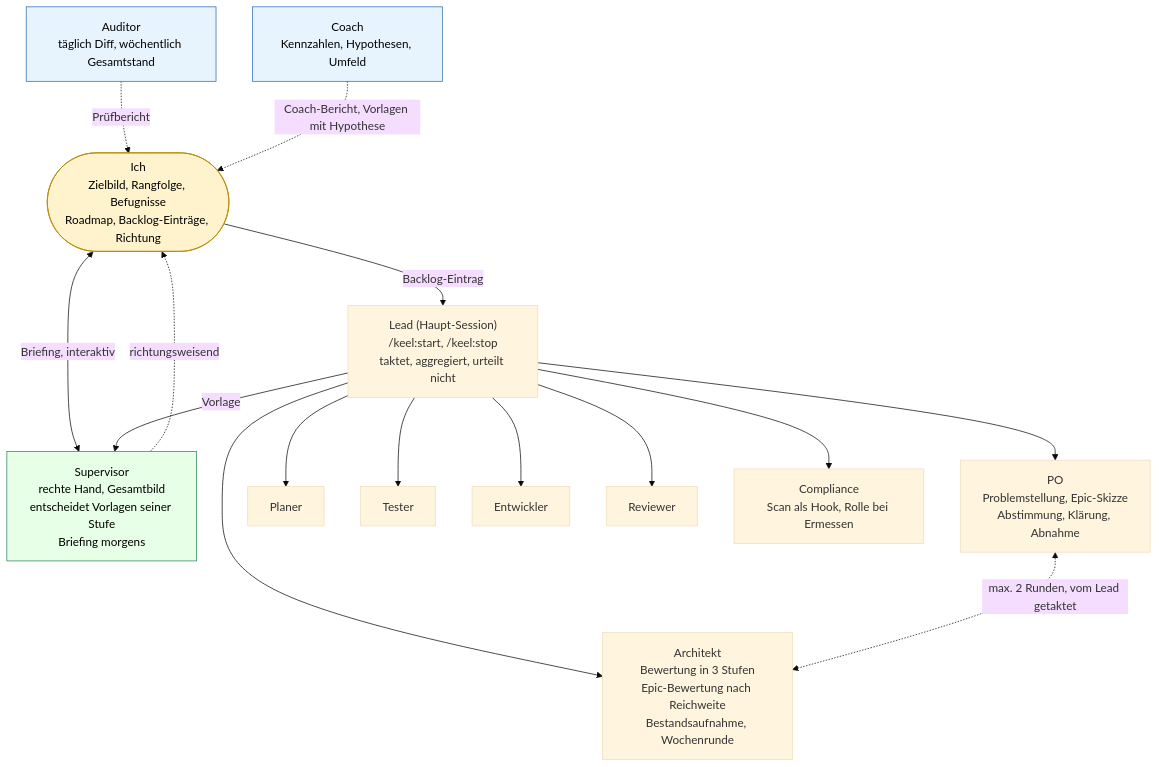
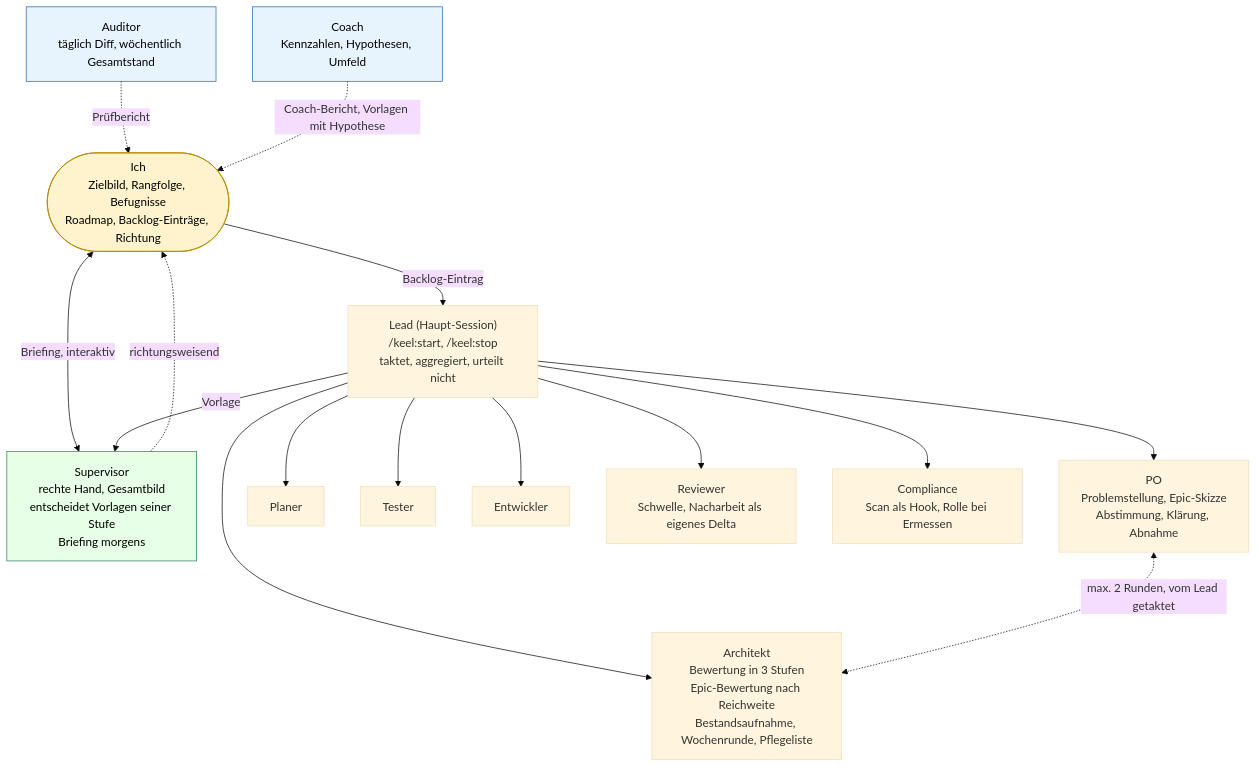
Before and after one commit to xXExceptionXx/keel: the first of 7 diagrams in docs/system.md, drawn with Mermaid (base theme). The commit also changed other lines of this file and 20 other files, not shown here.

First line of the commit message:
Review with a threshold: rework is re-reviewed as its own delta, Anmerkungen go to a Pflegeliste (System-ADR 0018)

````diff
--- a/docs/system.md
+++ b/docs/system.md
@@ -9,37 +9,37 @@
 ```mermaid
 flowchart TD
     ICH(["Ich<br/>Zielbild, Rangfolge, Befugnisse<br/>Roadmap, Backlog-Einträge, Richtung"])
     SUP["Supervisor<br/>rechte Hand, Gesamtbild<br/>entscheidet Vorlagen seiner Stufe<br/>Briefing morgens"]
     AUD["Auditor<br/>täglich Diff, wöchentlich Gesamtstand"]
     COACH["Coach<br/>Kennzahlen, Hypothesen, Umfeld"]
     LEAD["Lead (Haupt-Session)<br/>/keel:start, /keel:stop<br/>taktet, aggregiert, urteilt nicht"]
     PO["PO<br/>Problemstellung, Epic-Skizze<br/>Abstimmung, Klärung, Abnahme"]
-    ARC["Architekt<br/>Bewertung in 3 Stufen<br/>Epic-Bewertung nach Reichweite<br/>Bestandsaufnahme, Wochenrunde"]
+    ARC["Architekt<br/>Bewertung in 3 Stufen<br/>Epic-Bewertung nach Reichweite<br/>Bestandsaufnahme, Wochenrunde, Pflegeliste"]
     PLAN["Planer"]
     TEST["Tester"]
     DEV["Entwickler"]
-    REV["Reviewer"]
+    REV["Reviewer<br/>Schwelle, Nacharbeit als eigenes Delta"]
     COMP["Compliance<br/>Scan als Hook, Rolle bei Ermessen"]
 
     ICH <-->|Briefing, interaktiv| SUP
     ICH -->|Backlog-Eintrag| LEAD
     LEAD -->|Vorlage| SUP
     SUP -.->|richtungsweisend| ICH
     LEAD --> PO
     LEAD --> ARC
     PO <-.->|max. 2 Runden, vom Lead getaktet| ARC
     LEAD --> PLAN
     LEAD --> TEST
     LEAD --> DEV
     LEAD --> REV
     LEAD --> COMP
     AUD -.->|Prüfbericht| ICH
     COACH -.->|Coach-Bericht, Vorlagen mit Hypothese| ICH
 
     classDef human fill:#fff3cd,stroke:#b58900,color:#000
     classDef outside fill:#e8f4fd,stroke:#2b6cb0,color:#000
     classDef sup fill:#e6ffe6,stroke:#2f855a,color:#000
     class ICH human
     class AUD,COACH outside
     class SUP sup
 ```
````
